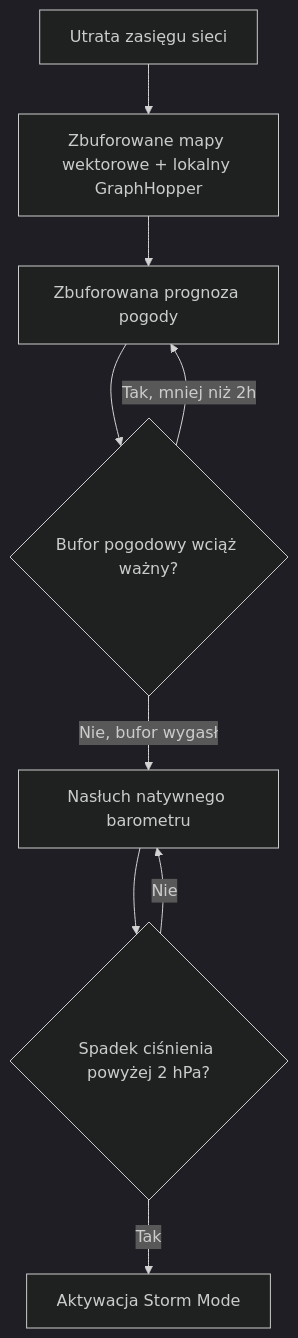
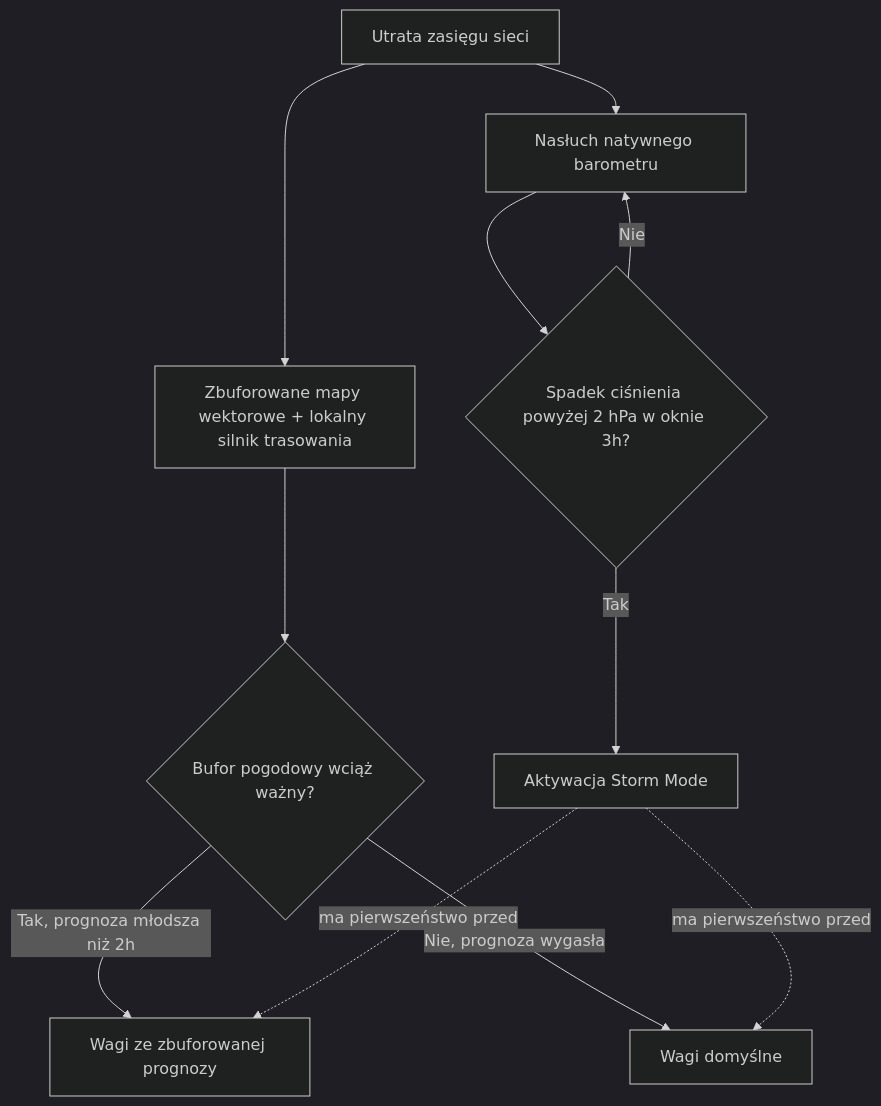
Before and after one commit to MarcinNowak1988/Nawigacja: the fourth of 4 diagrams in docs/DOKUMENTACJA_TECHNICZNA.md, drawn with Mermaid (dark theme). The commit also changed other lines of this file and 14 other files, not shown here.

````diff
--- a/docs/DOKUMENTACJA_TECHNICZNA.md
+++ b/docs/DOKUMENTACJA_TECHNICZNA.md
@@ -265,11 +269,16 @@
 ```mermaid
 flowchart TD
-    A[Utrata zasięgu sieci] --> B[Zbuforowane mapy wektorowe + lokalny GraphHopper]
-    B --> C[Zbuforowana prognoza pogody]
-    C --> D{Bufor pogodowy wciąż ważny?}
-    D -- Tak, mniej niż 2h --> C
-    D -- Nie, bufor wygasł --> E[Nasłuch natywnego barometru]
-    E --> F{Spadek ciśnienia powyżej 2 hPa?}
+    A[Utrata zasięgu sieci] --> B[Zbuforowane mapy wektorowe + lokalny silnik trasowania]
+    A --> E[Nasłuch natywnego barometru]
+
+    B --> D{Bufor pogodowy wciąż ważny?}
+    D -- "Tak, prognoza młodsza niż 2h" --> C[Wagi ze zbuforowanej prognozy]
+    D -- "Nie, prognoza wygasła" --> H[Wagi domyślne]
+
+    E --> F{"Spadek ciśnienia powyżej 2 hPa w oknie 3h?"}
     F -- Nie --> E
     F -- Tak --> G[Aktywacja Storm Mode]
+
+    G -.->|ma pierwszeństwo przed| C
+    G -.->|ma pierwszeństwo przed| H
 ```
````
